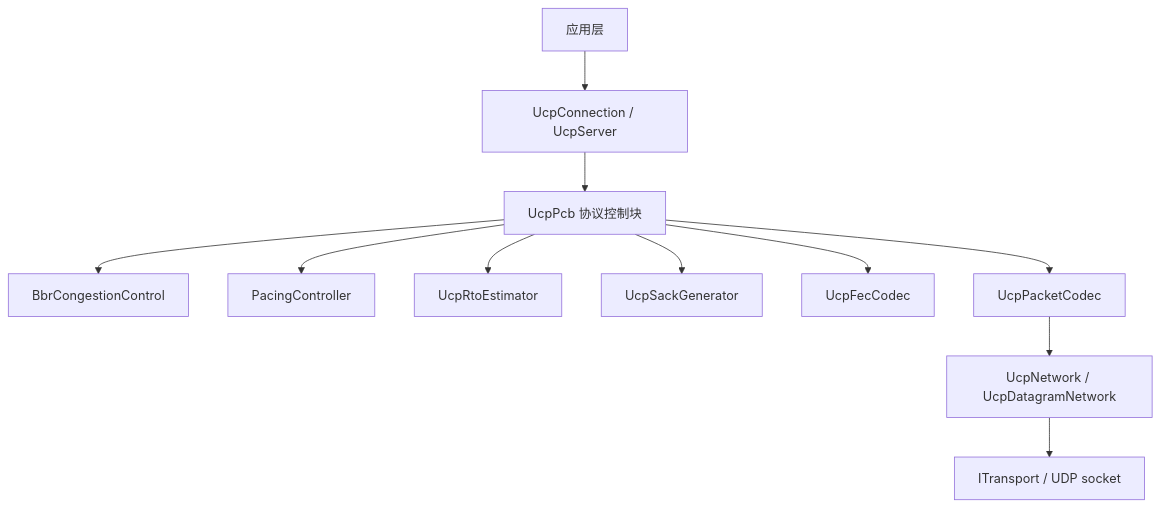
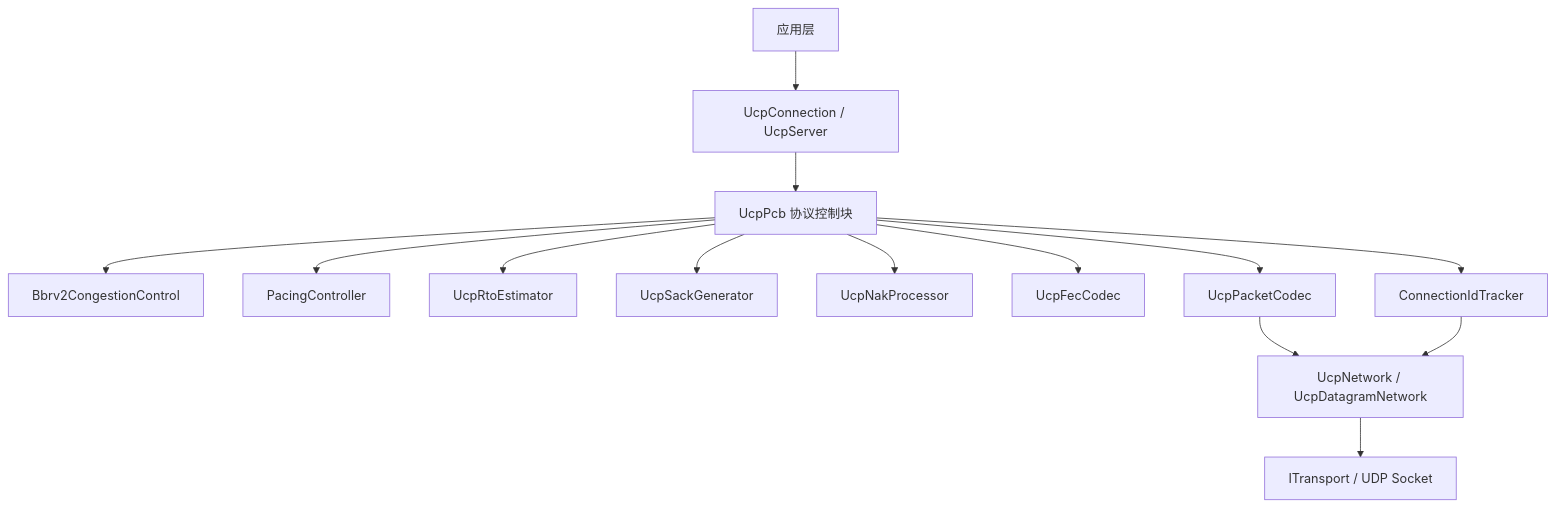
The first of 7 diagrams in docs/architecture_CN.md (liulilittle/ucp), drawn with Mermaid before and after one commit. The commit also changed other lines of this file and 17 other files, not shown here.

````diff
--- a/docs/architecture_CN.md
+++ b/docs/architecture_CN.md
@@ -7,13 +11,16 @@
 ```mermaid
 flowchart TD
     App[应用层] --> Public[UcpConnection / UcpServer]
     Public --> Pcb[UcpPcb 协议控制块]
-    Pcb --> Bbr[BbrCongestionControl]
+    Pcb --> Bbr[Bbrv2CongestionControl]
     Pcb --> Pacing[PacingController]
     Pcb --> Rto[UcpRtoEstimator]
     Pcb --> Sack[UcpSackGenerator]
+    Pcb --> Nak[UcpNakProcessor]
     Pcb --> Fec[UcpFecCodec]
     Pcb --> Codec[UcpPacketCodec]
-    Codec --> Network[UcpNetwork / UcpDatagramNetwork]
-    Network --> Transport[ITransport / UDP socket]
+    Pcb --> ConnId[ConnectionIdTracker]
+    Codec --> Net[UcpNetwork / UcpDatagramNetwork]
+    ConnId --> Net
+    Net --> Transport[ITransport / UDP Socket]
 ```
````
